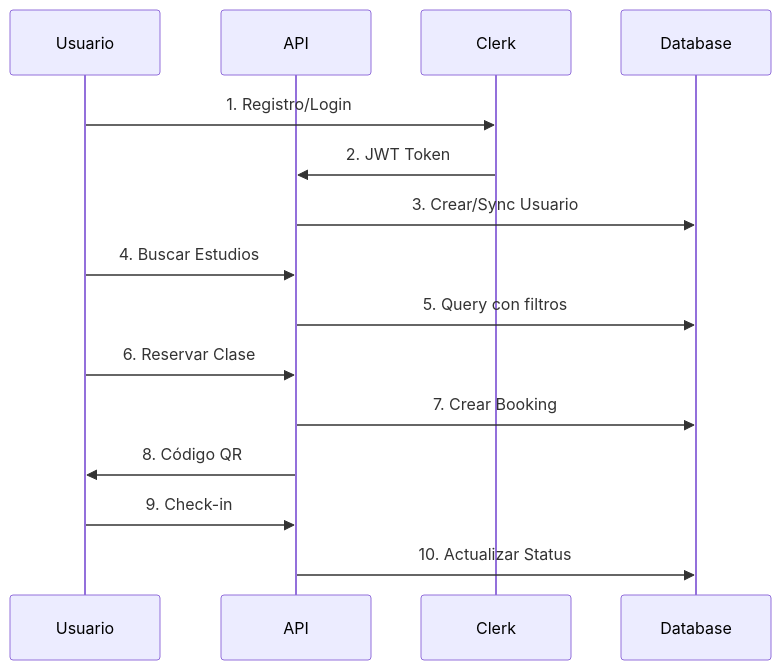
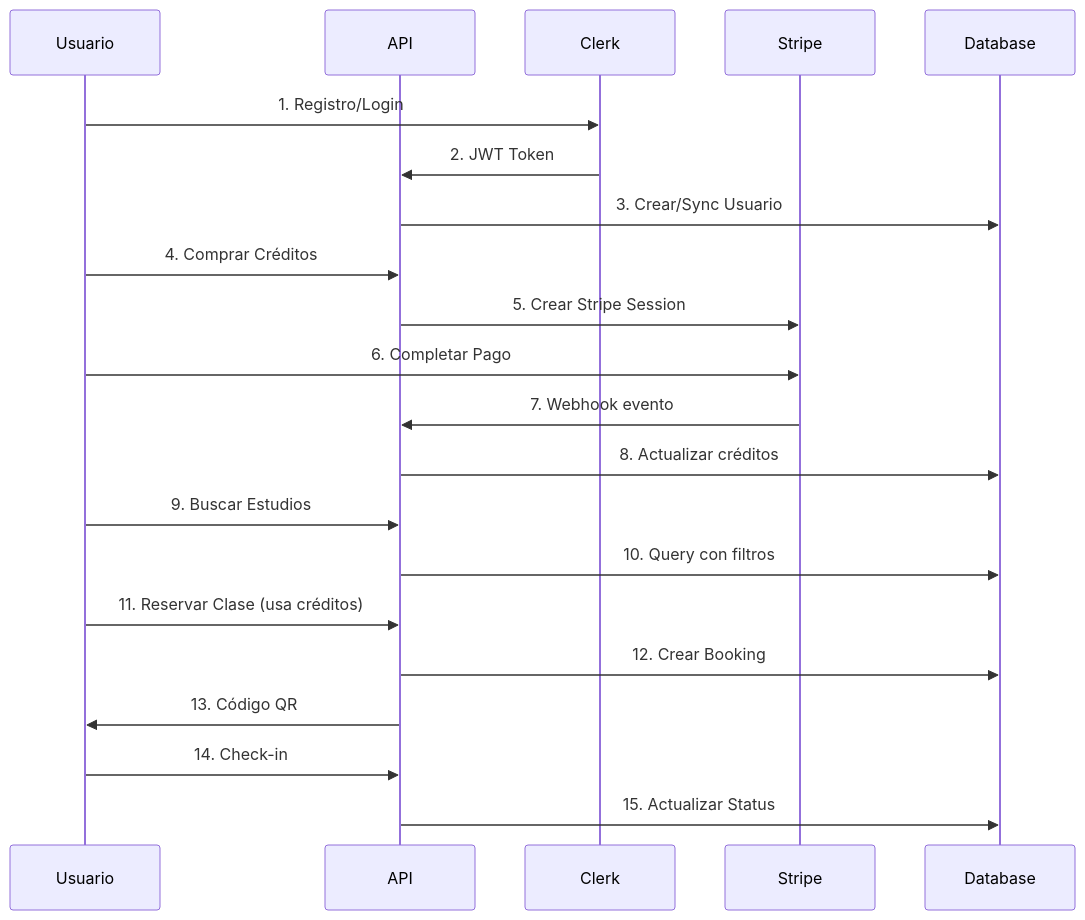
The third of 5 diagrams in README.md (Pimboto/tudo-turborepo), drawn with Mermaid before and after one commit. The commit also changed other lines of this file and 13 other files, not shown here.

````diff
--- a/README.md
+++ b/README.md
@@ -651,18 +813,24 @@
 ```mermaid
 sequenceDiagram
     participant U as Usuario
     participant A as API
     participant C as Clerk
+    participant S as Stripe
     participant DB as Database
     
     U->>C: 1. Registro/Login
     C->>A: 2. JWT Token
     A->>DB: 3. Crear/Sync Usuario
-    U->>A: 4. Buscar Estudios
-    A->>DB: 5. Query con filtros
-    U->>A: 6. Reservar Clase
-    A->>DB: 7. Crear Booking
-    A->>U: 8. Código QR
-    U->>A: 9. Check-in
-    A->>DB: 10. Actualizar Status
+    U->>A: 4. Comprar Créditos
+    A->>S: 5. Crear Stripe Session
+    U->>S: 6. Completar Pago
+    S->>A: 7. Webhook evento
+    A->>DB: 8. Actualizar créditos
+    U->>A: 9. Buscar Estudios
+    A->>DB: 10. Query con filtros
+    U->>A: 11. Reservar Clase (usa créditos)
+    A->>DB: 12. Crear Booking
+    A->>U: 13. Código QR
+    U->>A: 14. Check-in
+    A->>DB: 15. Actualizar Status
 ```
````
